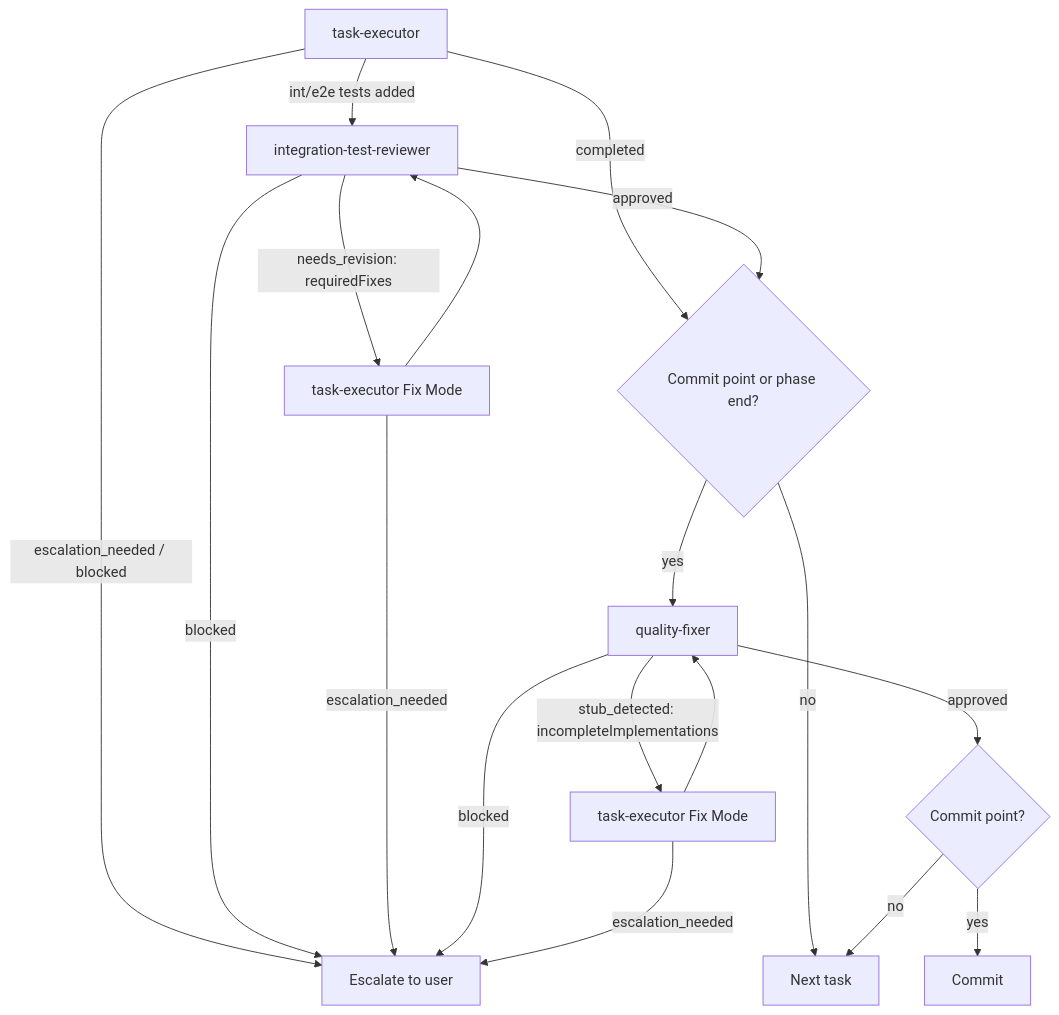
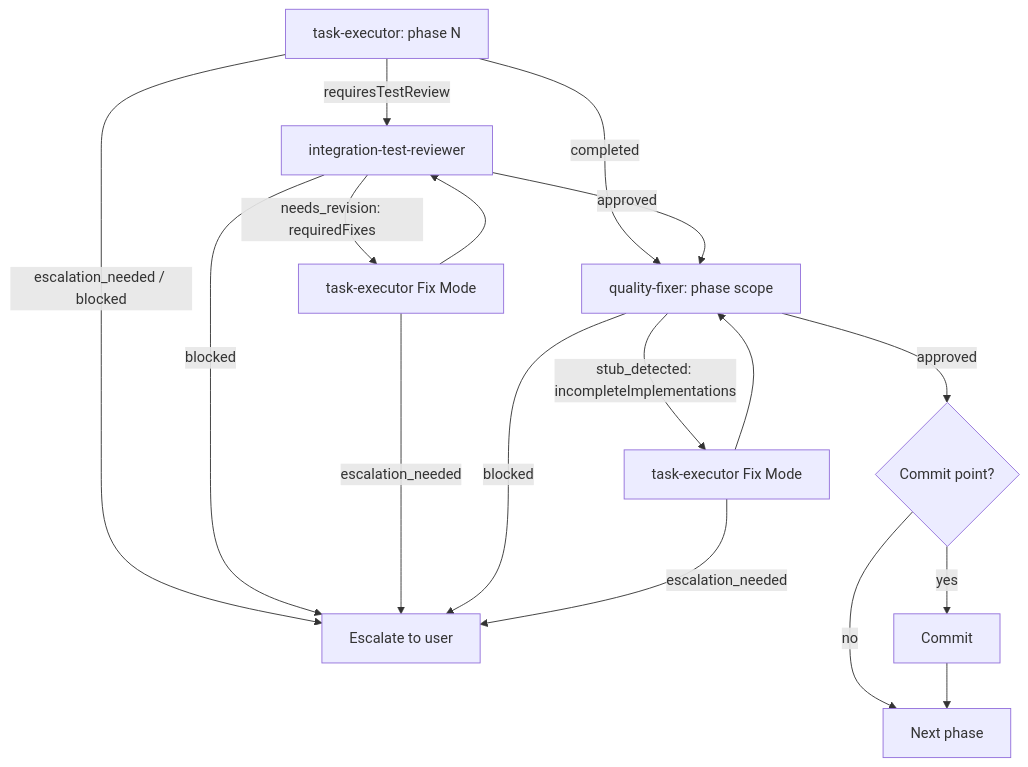
Before and after one commit to tundraray/overture: the diagram in skills/workflow-execution/SKILL.md, drawn with Mermaid. The commit also changed other lines of this file and 193 other files, not shown here.

````diff
--- a/skills/workflow-execution/SKILL.md
+++ b/skills/workflow-execution/SKILL.md
@@ -121,20 +107,19 @@
 ```mermaid
 flowchart TD
-    TE[task-executor] -->|escalation_needed / blocked| U[Escalate to user]
-    TE -->|int/e2e tests added| ITR[integration-test-reviewer]
-    TE -->|completed| G{Commit point or phase end?}
+    TE[task-executor: phase N] -->|escalation_needed / blocked| U[Escalate to user]
+    TE -->|requiresTestReview| ITR[integration-test-reviewer]
+    TE -->|completed| QF[quality-fixer: phase scope]
     ITR -->|needs_revision: requiredFixes| FIX_ITR[task-executor Fix Mode]
     ITR -->|blocked| U
-    ITR -->|approved| G
-    G -->|no| N[Next task]
-    G -->|yes| QF[quality-fixer]
+    ITR -->|approved| QF
     QF -->|approved| CP{Commit point?}
     CP -->|yes| C[Commit]
-    CP -->|no| N
+    CP -->|no| N[Next phase]
+    C --> N
     FIX_ITR --> ITR
     FIX_ITR -->|escalation_needed| U
     QF -->|stub_detected: incompleteImplementations| FIX_QF[task-executor Fix Mode]
     QF -->|blocked| U
     FIX_QF --> QF
     FIX_QF -->|escalation_needed| U
 ```
````
